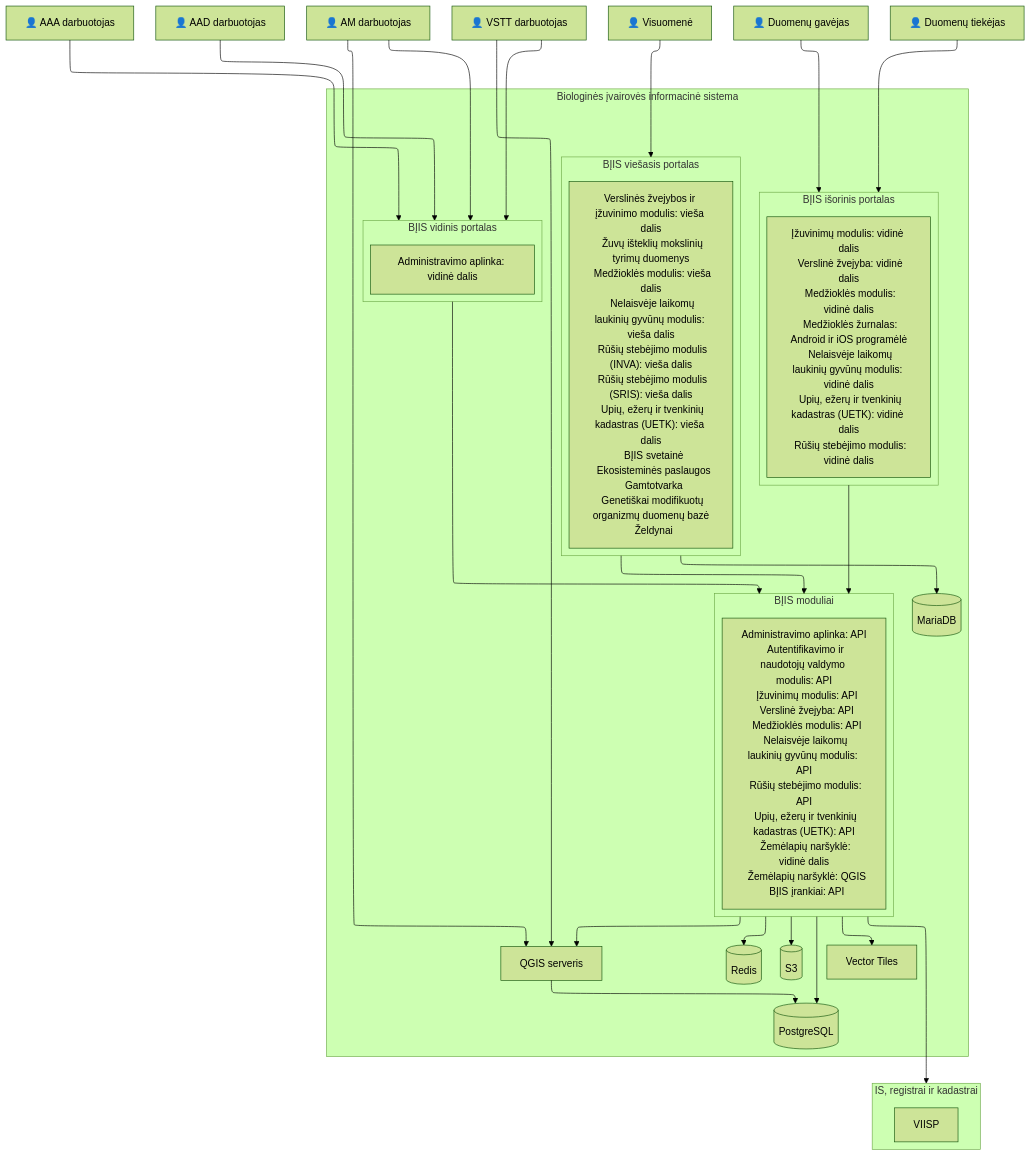
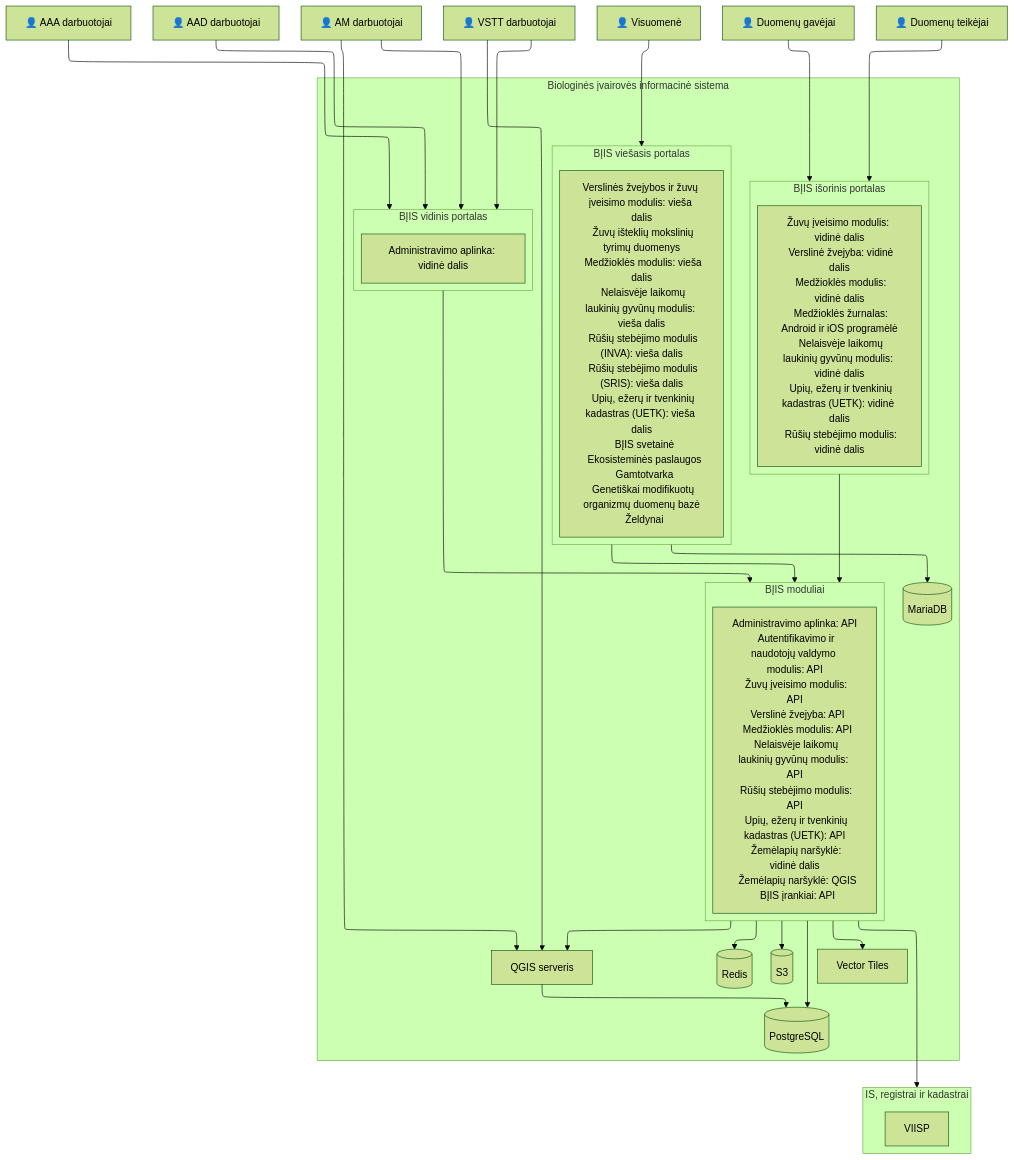
Before and after one commit to AplinkosMinisterija/biip-docs: the diagram in src/schema.md, drawn with Mermaid (forest theme).

````diff
--- a/src/schema.md
+++ b/src/schema.md
@@ -1,13 +1,13 @@
 ```mermaid
 flowchart-elk
 
-aaa["👤 AAA darbuotojas"]
-aad["👤 AAD darbuotojas"]
-am["👤 AM darbuotojas"]
-vstt["👤 VSTT darbuotojas"]
+aaa["👤 AAA darbuotojai"]
+aad["👤 AAD darbuotojai"]
+am["👤 AM darbuotojai"]
+vstt["👤 VSTT darbuotojai"]
 visuomene["👤 Visuomenė"]
-tiekejas["👤 Duomenų gavėjas"]
-gavejas["👤 Duomenų tiekėjas"]
+tiekejas["👤 Duomenų gavėjai"]
+gavejas["👤 Duomenų teikėjai"]
 
 subgraph "Biologinės įvairovės informacinė sistema"
 subgraph admin["BĮIS vidinis portalas"]
@@ -15,7 +15,7 @@
 end
 
 subgraph web["BĮIS išorinis portalas"]
-  all_web["Įžuvinimų modulis: vidinė dalis
+  all_web["Žuvų įveisimo modulis: vidinė dalis
   Verslinė žvejyba: vidinė dalis
   Medžioklės modulis: vidinė dalis
   Medžioklės žurnalas: Android ir iOS programėlė
@@ -25,7 +25,7 @@
 end
 
 subgraph public["BĮIS viešasis portalas"]
-  all_public["Verslinės žvejybos ir įžuvinimo modulis: vieša dalis
+  all_public["Verslinės žvejybos ir žuvų įveisimo modulis: vieša dalis
   Žuvų išteklių mokslinių tyrimų duomenys
   Medžioklės modulis: vieša dalis
   Nelaisvėje laikomų laukinių gyvūnų modulis: vieša dalis
@@ -42,7 +42,7 @@
 subgraph api["BĮIS moduliai"]
   all_api["Administravimo aplinka: API
   Autentifikavimo ir naudotojų valdymo modulis: API
-  Įžuvinimų modulis: API
+  Žuvų įveisimo modulis: API
   Verslinė žvejyba: API
   Medžioklės modulis: API
   Nelaisvėje laikomų laukinių gyvūnų modulis: API
````
